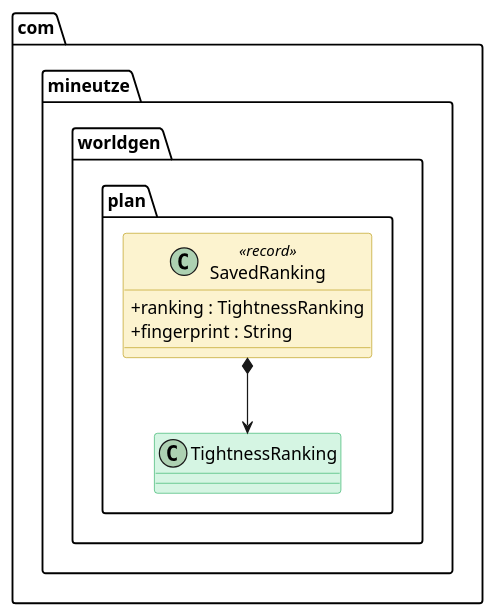
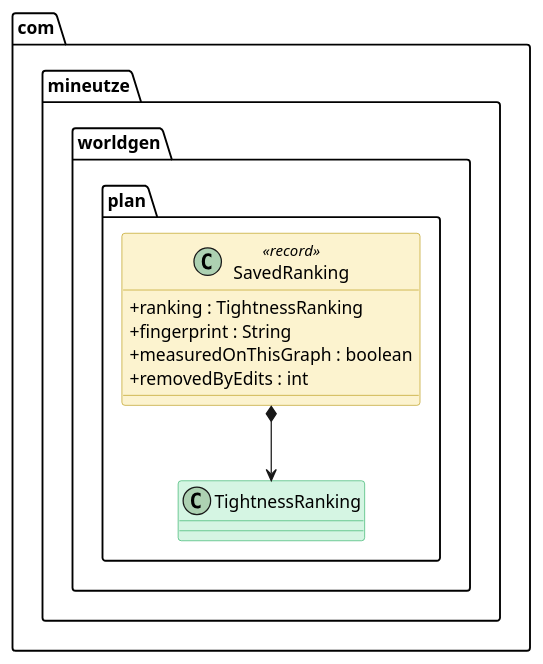
One commit to Boulede987/Mine-Utz changed the diagram in companion-mods/mineutze-worldgen/doc/Modelisation/ClassDiagram-Full/com/mineutze/worldgen/plan/SavedRanking.puml. Above: the diagram before and after it, drawn with PlantUML. The commit also changed 31 other files, not shown here.

Commit message:
docs(worldgen): regenerate class diagrams for ranking that follows the graph

```diff
--- a/companion-mods/mineutze-worldgen/doc/Modelisation/ClassDiagram-Full/com/mineutze/worldgen/plan/SavedRanking.puml
+++ b/companion-mods/mineutze-worldgen/doc/Modelisation/ClassDiagram-Full/com/mineutze/worldgen/plan/SavedRanking.puml
@@ -1,40 +1,42 @@
 @startuml SavedRanking
 
 skinparam classAttributeIconSize 0
 skinparam shadowing false
 
 skinparam class {
   BackgroundColor<<interface>> #D6EAF8
   BorderColor<<interface>> #2E86C1
 }
 skinparam class {
   BackgroundColor<<abstract>> #E8DAEF
   BorderColor<<abstract>> #8E44AD
 }
 skinparam class {
   BackgroundColor #D5F5E3
   BorderColor #27AE60
 }
 skinparam class {
   BackgroundColor<<record>> #FCF3CF
   BorderColor<<record>> #B7950B
 }
 skinparam class {
   BackgroundColor<<static>> #a7faa0
   BorderColor<<static>> #38d610
 }
 skinparam class {
   BackgroundColor<<enum>> #F5B7B1
   BorderColor<<enum>> #C0392B
 }
 
 namespace com.mineutze.worldgen.plan {
 class SavedRanking <<record>> {
   + ranking : TightnessRanking
   + fingerprint : String
+  + measuredOnThisGraph : boolean
+  + removedByEdits : int
 }
 }
 
 com.mineutze.worldgen.plan.SavedRanking *--> com.mineutze.worldgen.plan.TightnessRanking
 
 @enduml
```
